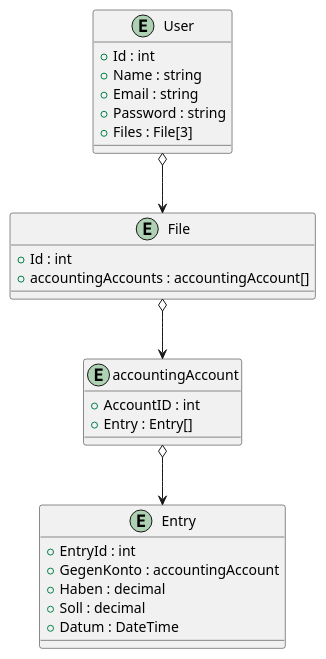
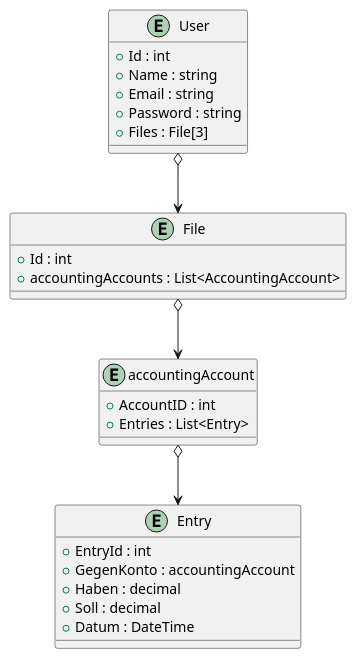
The diagram in htldesk/model.puml (Machsiim/htldesk), drawn with PlantUML before and after one commit.

Commit message:
model.puml geändert

```diff
--- a/htldesk/model.puml
+++ b/htldesk/model.puml
@@ -1,36 +1,36 @@
 @startuml "Model"
 
 entity User {
 
     + Id : int
     + Name : string
     + Email : string
     + Password : string
     + Files : File[3]
 }
 
 entity File {
     + Id : int
-    + accountingAccounts : accountingAccount[]
+    + accountingAccounts : List<AccountingAccount>
 }
 
 entity accountingAccount {
         + AccountID : int
-        + Entry : Entry[]
+        + Entries : List<Entry>
 }
 
 entity Entry {
     + EntryId : int
     + GegenKonto : accountingAccount
     + Haben : decimal
     + Soll : decimal
     + Datum : DateTime
 }
 
 User o--> File 
 
 File o--> accountingAccount 
 
 accountingAccount o--> Entry 
 
 @enduml
```
